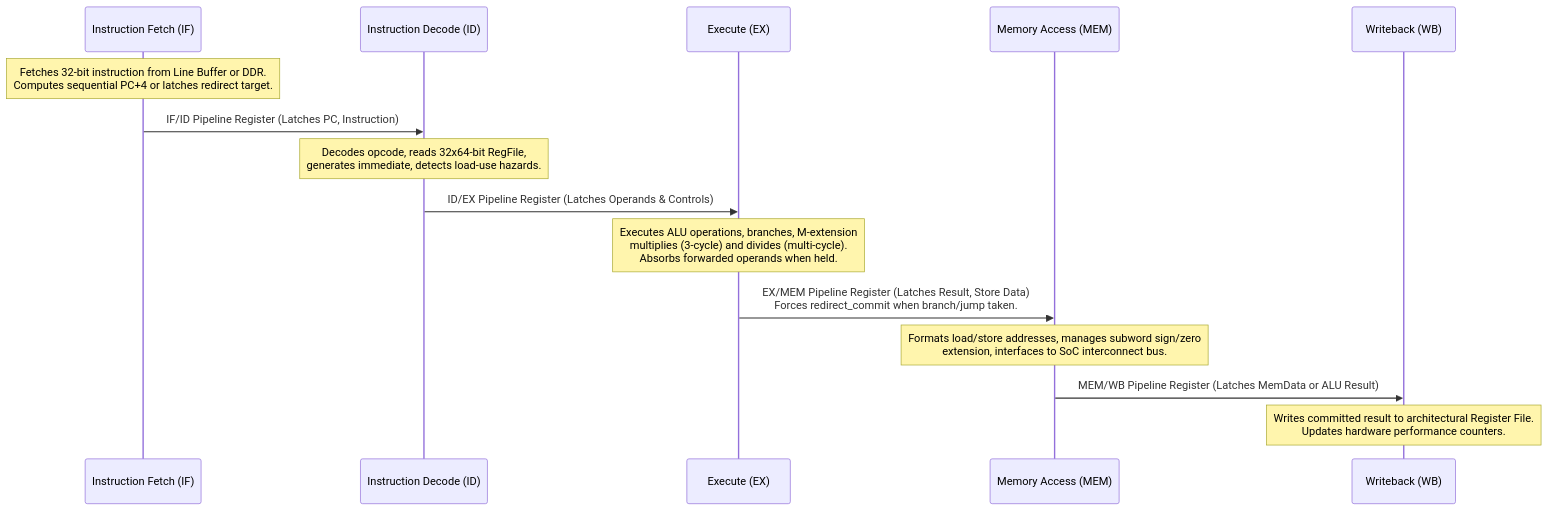
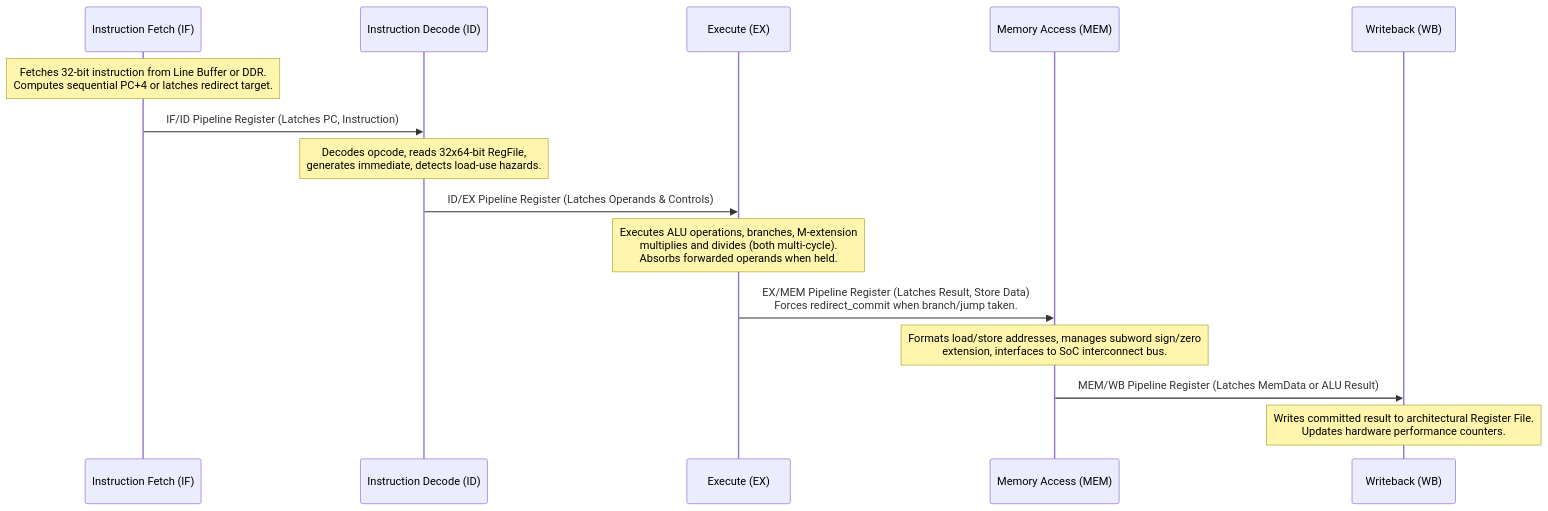
The second of 4 diagrams in docs/ARCHITECTURE.md (UjjawalKhatri/rv64im-doom-soc), drawn with Mermaid before and after one commit. The commit also changed other lines of this file and 6 other files, not shown here.

````diff
--- a/docs/ARCHITECTURE.md
+++ b/docs/ARCHITECTURE.md
@@ -71,18 +71,18 @@
 ```mermaid
 sequenceDiagram
     participant IF as Instruction Fetch (IF)
     participant ID as Instruction Decode (ID)
     participant EX as Execute (EX)
     participant MEM as Memory Access (MEM)
     participant WB as Writeback (WB)
 
     Note over IF: Fetches 32-bit instruction from Line Buffer or DDR.<br/>Computes sequential PC+4 or latches redirect target.
     IF->>ID: IF/ID Pipeline Register (Latches PC, Instruction)
     Note over ID: Decodes opcode, reads 32x64-bit RegFile,<br/>generates immediate, detects load-use hazards.
     ID->>EX: ID/EX Pipeline Register (Latches Operands & Controls)
-    Note over EX: Executes ALU operations, branches, M-extension<br/>multiplies (3-cycle) and divides (multi-cycle).<br/>Absorbs forwarded operands when held.
+    Note over EX: Executes ALU operations, branches, M-extension<br/>multiplies and divides (both multi-cycle).<br/>Absorbs forwarded operands when held.
     EX->>MEM: EX/MEM Pipeline Register (Latches Result, Store Data)<br/>Forces redirect_commit when branch/jump taken.
     Note over MEM: Formats load/store addresses, manages subword sign/zero<br/>extension, interfaces to SoC interconnect bus.
     MEM->>WB: MEM/WB Pipeline Register (Latches MemData or ALU Result)
     Note over WB: Writes committed result to architectural Register File.<br/>Updates hardware performance counters.
 ```
````
